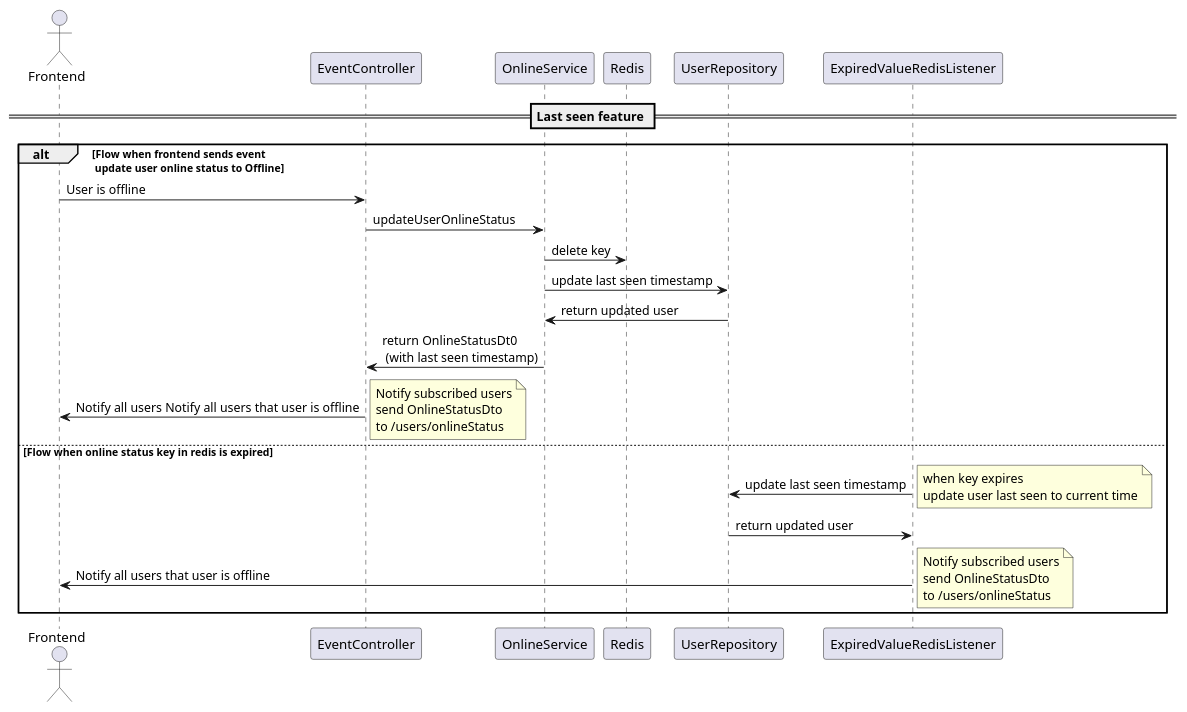
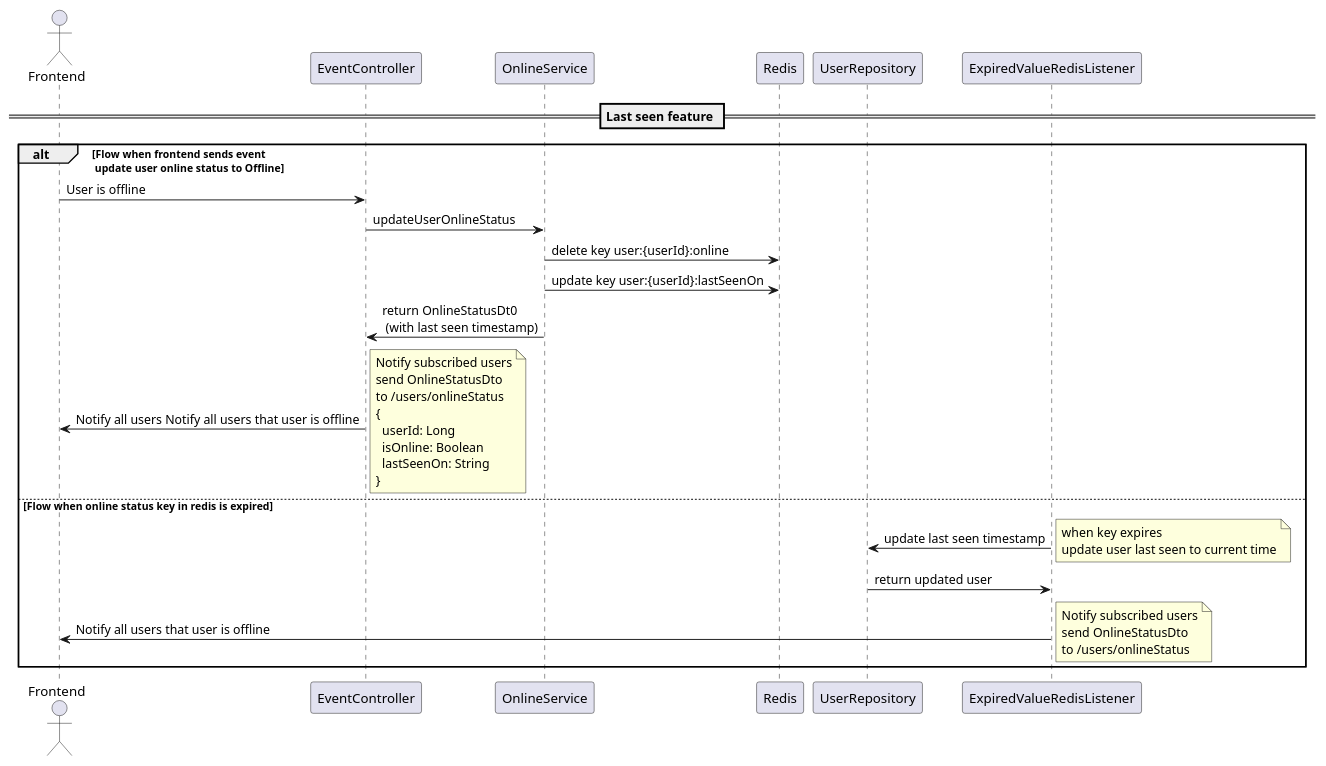
The diagram in docs/userLastSeenFeature/lastSeenFeature.puml (LiashenkoAndrey/talk-and-travel), drawn with PlantUML before and after one commit. The commit also changed 3 other files, not shown here.

```diff
--- a/docs/userLastSeenFeature/lastSeenFeature.puml
+++ b/docs/userLastSeenFeature/lastSeenFeature.puml
@@ -1,41 +1,45 @@
 @startuml
 actor Frontend
 participant EventController
 participant OnlineService
 participant Redis
 participant UserRepository
 participant ExpiredValueRedisListener
 
 == Last seen feature ==
 alt Flow when frontend sends event \n update user online status to Offline
     Frontend -> EventController : User is offline
     EventController -> OnlineService : updateUserOnlineStatus
-    OnlineService -> Redis : delete key
-    OnlineService -> UserRepository : update last seen timestamp
-    UserRepository -> OnlineService : return updated user
+    OnlineService -> Redis : delete key user:{userId}:online
+    OnlineService -> Redis : update key user:{userId}:lastSeenOn
 
     OnlineService -> EventController : return OnlineStatusDt0 \n (with last seen timestamp)
     EventController -> Frontend :  Notify all users Notify all users that user is offline
       note right
            Notify subscribed users
            send OnlineStatusDto
            to /users/onlineStatus
+           {
+             userId: Long
+             isOnline: Boolean
+             lastSeenOn: String
+           }
       end note
 
 else Flow when online status key in redis is expired
     ExpiredValueRedisListener -> UserRepository : update last seen timestamp
     note right
     when key expires
     update user last seen to current time
     end note
 
     UserRepository -> ExpiredValueRedisListener : return updated user
     ExpiredValueRedisListener -> Frontend : Notify all users that user is offline
        note right
        Notify subscribed users
        send OnlineStatusDto
        to /users/onlineStatus
        end note
 end
 
 @enduml
```
